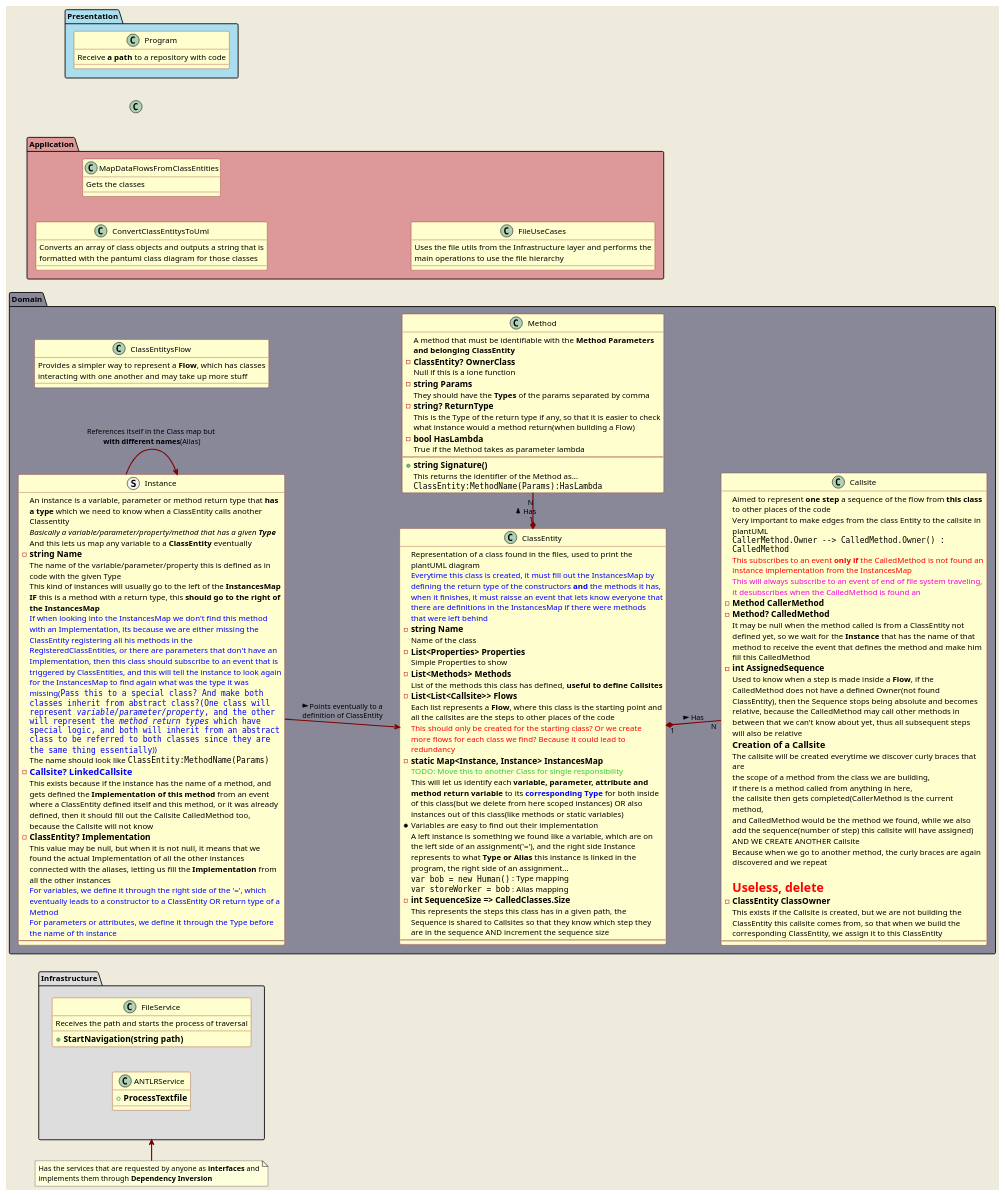
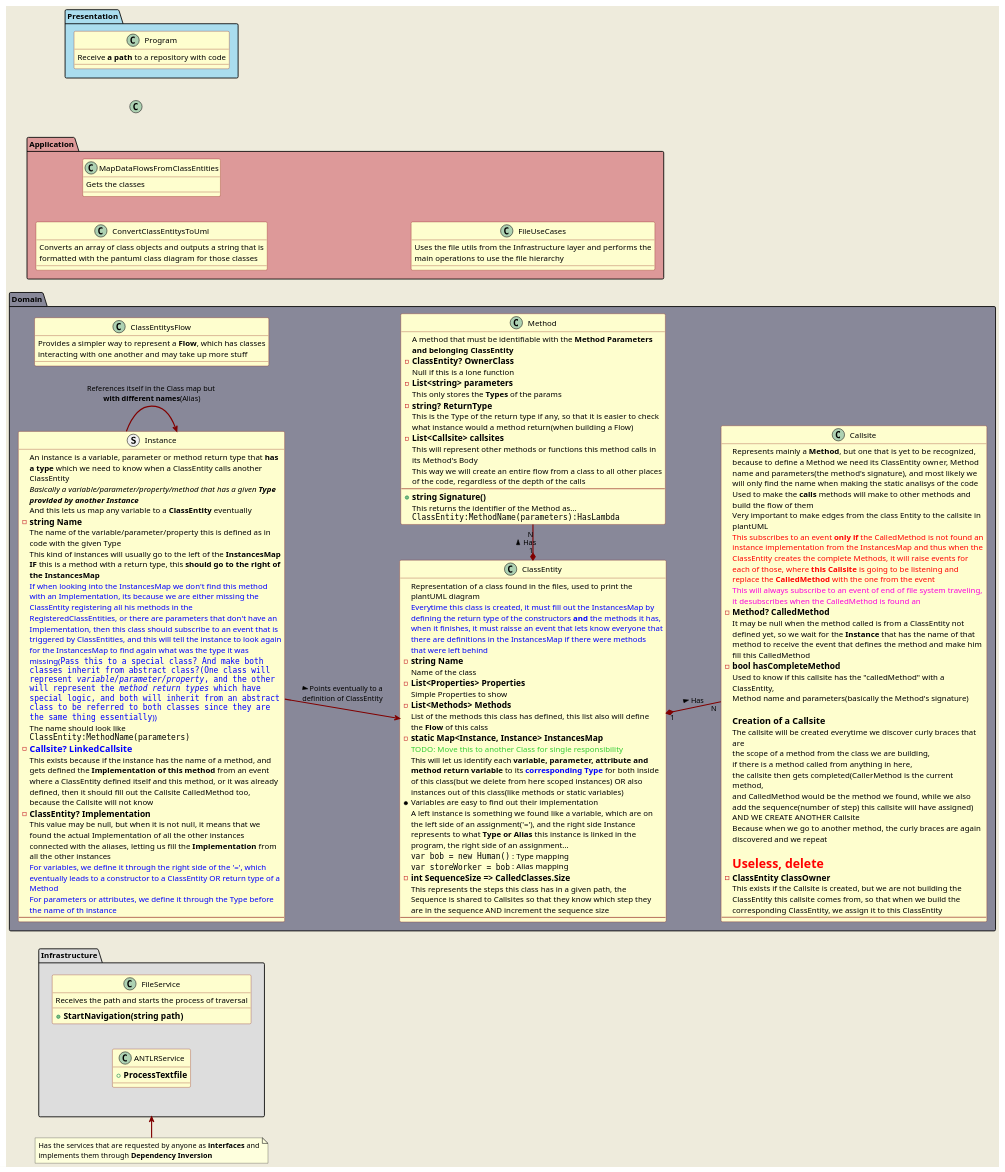
The diagram in Deesign/StartingDesign.puml (ToughKnee/FlowUML), drawn with PlantUML before and after one commit. The commit also changed 17 other files, not shown here.

Commit message:
Started base for all the classes and a working test for the instancesDict

```diff
--- a/Deesign/StartingDesign.puml
+++ b/Deesign/StartingDesign.puml
@@ -98,17 +98,18 @@
 
   class Callsite
   {
-    Aimed to represent **one step** a sequence of the flow from **this class** to other places of the code
+    Represents mainly a **Method**, but one that is yet to be recognized, because to define a Method we need its ClassEntity owner, Method name and parameters(the method's signature), and most likely we will only find the name when making the static analisys of the code
+    Used to make the **calls** methods will make to other methods and build the flow of them
     Very important to make edges from the class Entity to the callsite in plantUML
-    ""CallerMethod.Owner --> CalledMethod.Owner() : CalledMethod""
-    <color:Red>This subscribes to an event **only if** the CalledMethod is not found an instance implementation from the InstancesMap
+    <color:Red>This subscribes to an event **only if** the CalledMethod is not found an instance implementation from the InstancesMap and thus when the ClassEntity creates the complete Methods, it will raise events for each of those, where **this Callsite** is going to be listening and replace the **CalledMethod** with the one from the event
     <color:fa00df>This will always subscribe to an event of end of file system traveling, it desubscribes when the CalledMethod is found an
-    -===Method CallerMethod
     -===Method? CalledMethod
     It may be null when the method called is from a ClassEntity not defined yet, so we wait for the **Instance** that has the name of that method to receive the event that defines the method and make him fill this CalledMethod
-    -===int AssignedSequence
-    Used to know when a step is made inside a **Flow**, if the CalledMethod does not have a defined Owner(not found ClassEntity), then the Sequence stops being absolute and becomes relative, because the CalledMethod may call other methods in between that we can't know about yet, thus all subsequent steps will also be relative
-    ==Creation of a Callsite
+    -===bool hasCompleteMethod
+    Used to know if this callsite has the "calledMethod" with a ClassEntity, 
+    Method name and parameters(basically the Method's signature)
+
+   ==Creation of a Callsite
     The callsite will be created everytime we discover curly braces that are
     the scope of a method from the class we are building,
     if there is a method called from anything in here, 
@@ -134,16 +135,17 @@
     A method that must be identifiable with the **Method Parameters and belonging ClassEntity** 
     -===ClassEntity? OwnerClass
     Null if this is a lone function
-    -===string Params
-    They should have the **Types** of the params separated by comma
+    -===List<string> parameters
+    This only stores the **Types** of the params
     -===string? ReturnType
     This is the Type of the return type if any, so that it is easier to check what instance would a method return(when building a Flow)
-    -===bool HasLambda
-    True if the Method takes as parameter lambda
+    -===List<Callsite> callsites
+    This will represent other methods or functions this method calls in its Method's Body
+    This way we will create an entire flow from a class to all other places of the code, regardless of the depth of the calls
     ----
     +===string Signature()
     This returns the identifier of the Method as...
-    ""ClassEntity:MethodName(Params):HasLambda""
+    ""ClassEntity:MethodName(parameters):HasLambda""
   }
 
   class ClassEntity
@@ -155,10 +157,7 @@
     -===List<Properties> Properties
     Simple Properties to show
     -===List<Methods> Methods
-    List of the methods this class has defined, **useful to define Callsites**
-    -===List<List<Callsite>> Flows
-    Each list represents a **Flow**, where this class is the starting point and all the callsites are the steps to other places of the code
-    <color:Red>This should only be created for the starting class? Or we create more flows for each class we find? Because it could lead to redundancy
+    List of the methods this class has defined, this list also will define the **Flow** of this calss
     -===static Map<Instance, Instance> InstancesMap
     <color:3c3>TODO: Move this to another Class for single responsibility
     This will let us identify each **variable, parameter, attribute and method return variable** to its <color:Blue>**corresponding Type**</color> for both inside of this class(but we delete from here scoped instances) OR also instances out of this class(like methods or static variables)
@@ -173,15 +172,15 @@
 
   struct Instance
   {
-    An instance is a variable, parameter or method return type that **has a type** which we need to know when a ClassEntity calls another Classentity
-    ====Basically a variable/parameter/property/method that has a given **Type**
+    An instance is a variable, parameter or method return type that **has a type** which we need to know when a ClassEntity calls another ClassEntity
+    ====Basically a variable/parameter/property/method that has a given **Type provided by another Instance**
     And this lets us map any variable to a **ClassEntity** eventually
     -===string Name
     The name of the variable/parameter/property this is defined as in code with the given Type
     This kind of instances will usually go to the left of the **InstancesMap**
     **IF** this is a method with a return type, this **should go to the right of the InstancesMap**
     <color:Blue>If when looking into the InstancesMap we don't find this method with an Implementation, its because we are either missing the ClassEntity registering all his methods in the RegisteredClassEntities, or there are parameters that don't have an Implementation, then this class should subscribe to an event that is triggered by ClassEntities, and this will tell the instance to look again for the InstancesMap to find again what was the type it was missing(""Pass this to a special class? And make both classes inherit from abstract class?(One class will represent //variable/parameter/property//, and the other will represent the //method return types// which have special logic, and both will inherit from an abstract class to be referred to both classes since they are the same thing essentially""))
-    The name should look like ""ClassEntity:MethodName(Params)""
+    The name should look like ""ClassEntity:MethodName(parameters)""
     -===<color:Blue>Callsite? LinkedCallsite
     This exists because if the instance has the name of a method, and gets defined the **Implementation of this method** from an event where a ClassEntity defined itself and this method, or it was already defined, then it should fill out the Callsite CalledMethod too, because the Callsite will not know 
     -===ClassEntity? Implementation
```
